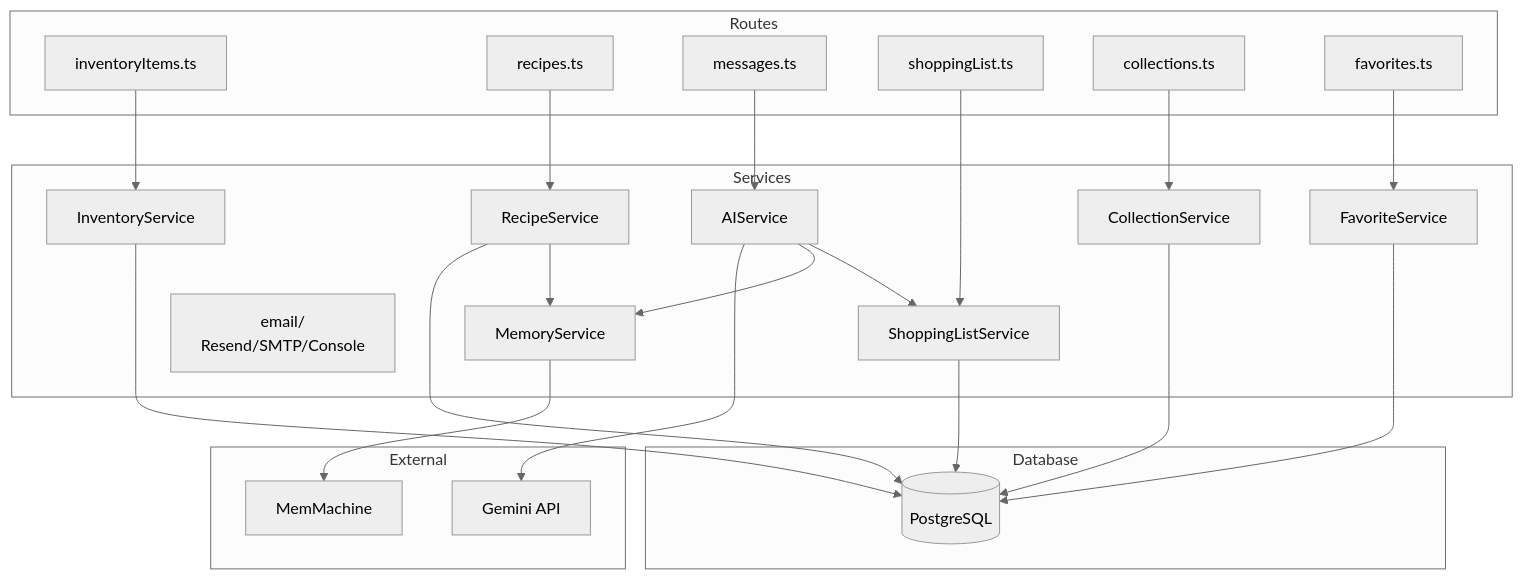
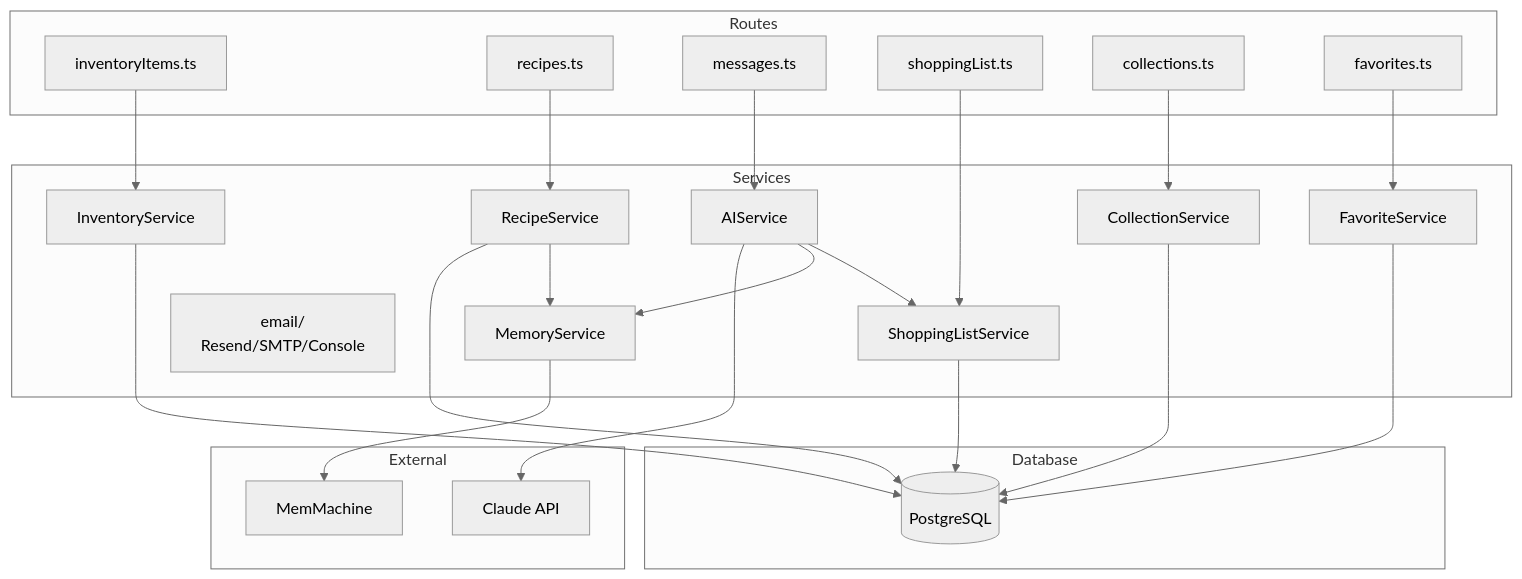
The sixth of 12 diagrams in Documentation/ARCHITECTURE.md (JLawMcGraw/alchemix), drawn with Mermaid (neutral theme) before and after one commit. The commit also changed other lines of this file and 27 other files, not shown here.

````diff
--- a/Documentation/ARCHITECTURE.md
+++ b/Documentation/ARCHITECTURE.md
@@ -457,50 +457,50 @@
 ```mermaid
 graph TB
     subgraph Routes
         R1[inventoryItems.ts]
         R2[recipes.ts]
         R3[messages.ts]
         R4[shoppingList.ts]
         R5[collections.ts]
         R6[favorites.ts]
     end
 
     subgraph Services
         S1[InventoryService]
         S2[RecipeService]
         S3[MemoryService]
         S4[CollectionService]
         S5[FavoriteService]
         S6[email/<br/>Resend/SMTP/Console]
         S7[AIService]
         S8[ShoppingListService]
     end
 
     subgraph Database
         DB[(PostgreSQL)]
     end
 
     subgraph External
-        Gemini[Gemini API]
+        Claude[Claude API]
         MM[MemMachine]
     end
 
     R1 --> S1
     R2 --> S2
     R3 --> S7
     R4 --> S8
     R5 --> S4
     R6 --> S5
 
     S1 --> DB
     S2 --> DB
     S4 --> DB
     S5 --> DB
     S8 --> DB
 
-    S7 --> Gemini
+    S7 --> Claude
     S7 --> S3
     S7 --> S8
     S3 --> MM
     S2 --> S3
 ```
````
